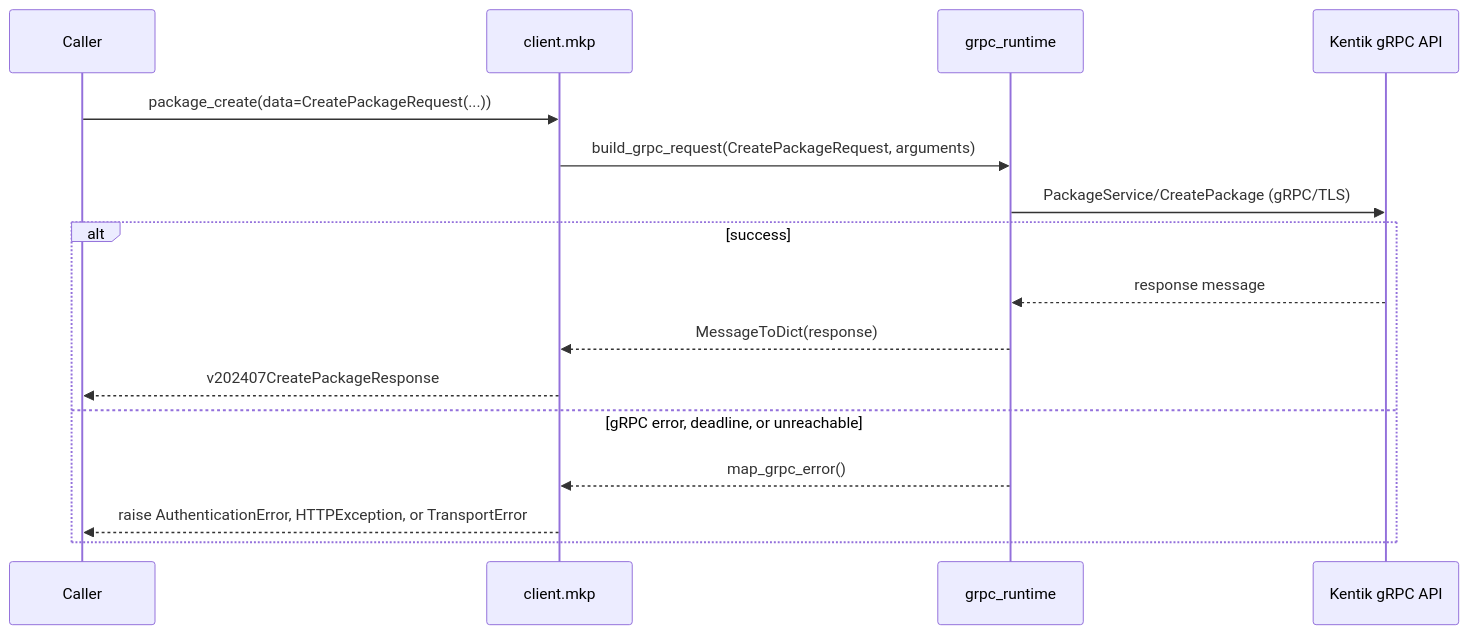
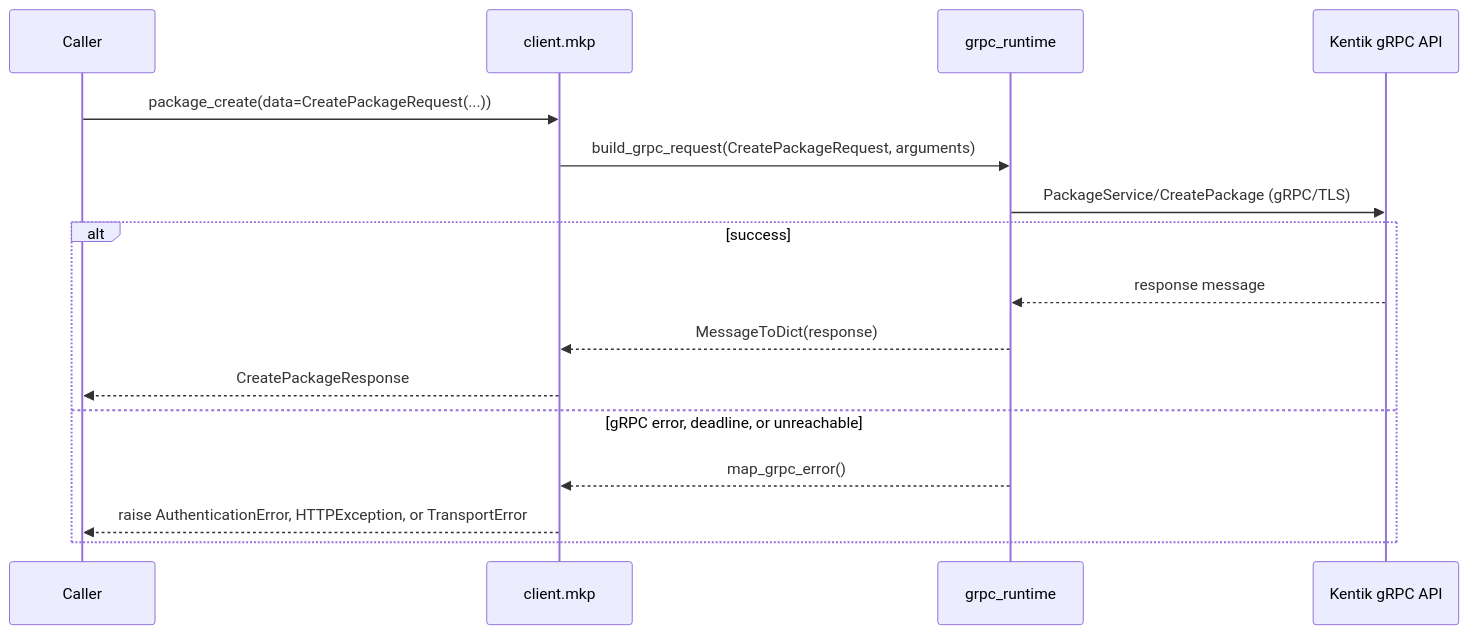
The fifth of 30 diagrams in docs/sphinx/services/mkp.md (alexdearaujo/community_sdk_python), drawn with Mermaid before and after one commit. The commit also changed other lines of this file and 38 other files, not shown here.

````diff
--- a/docs/sphinx/services/mkp.md
+++ b/docs/sphinx/services/mkp.md
@@ -129,19 +129,19 @@
 ```mermaid
 sequenceDiagram
     participant C as Caller
     participant W as client.mkp
     participant R as grpc_runtime
     participant API as Kentik gRPC API
 
     C->>W: package_create(data=CreatePackageRequest(...))
     W->>R: build_grpc_request(CreatePackageRequest, arguments)
     R->>API: PackageService/CreatePackage (gRPC/TLS)
     alt success
         API-->>R: response message
         R-->>W: MessageToDict(response)
-        W-->>C: v202407CreatePackageResponse
+        W-->>C: CreatePackageResponse
     else gRPC error, deadline, or unreachable
         R-->>W: map_grpc_error()
         W-->>C: raise AuthenticationError, HTTPException, or TransportError
     end
 ```
````
